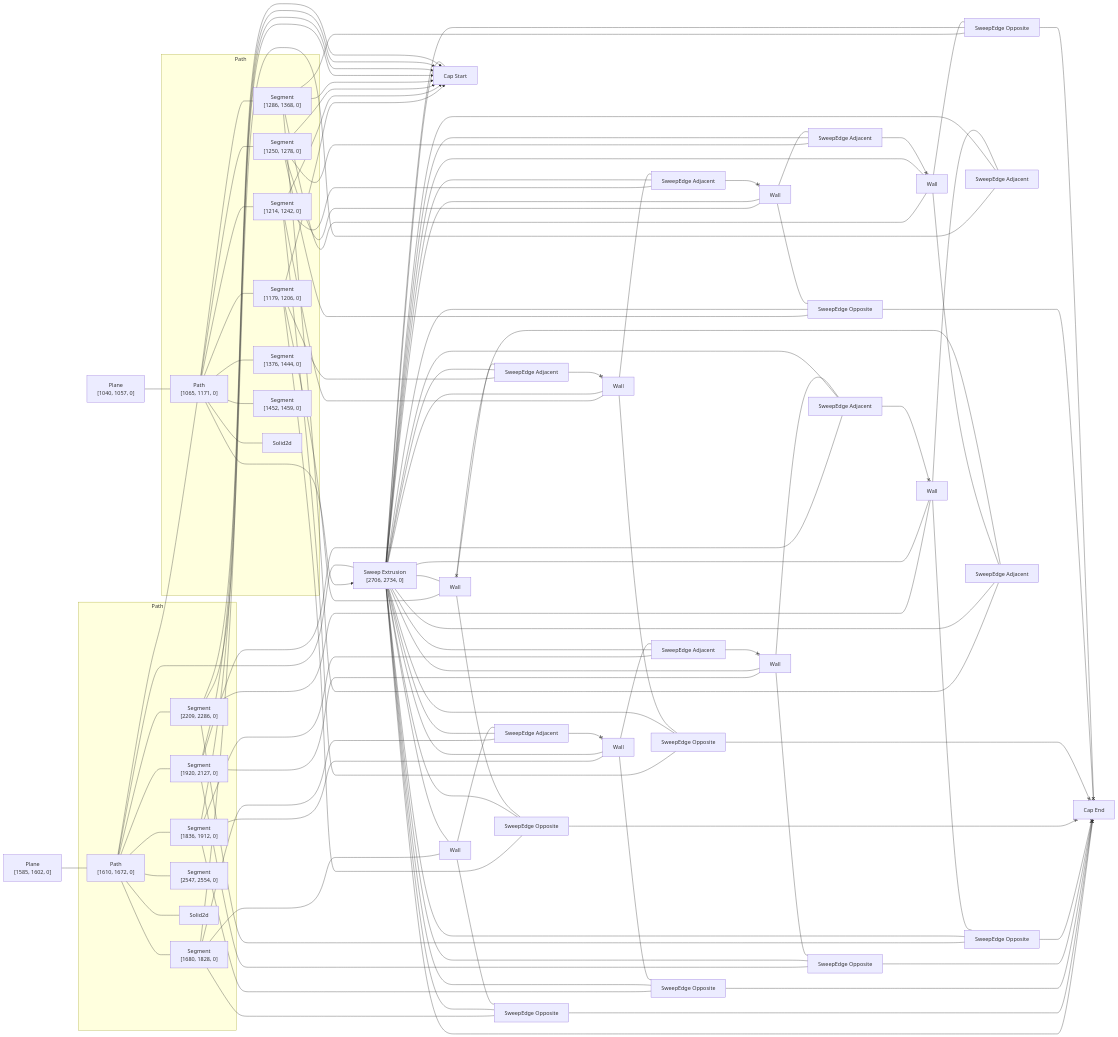
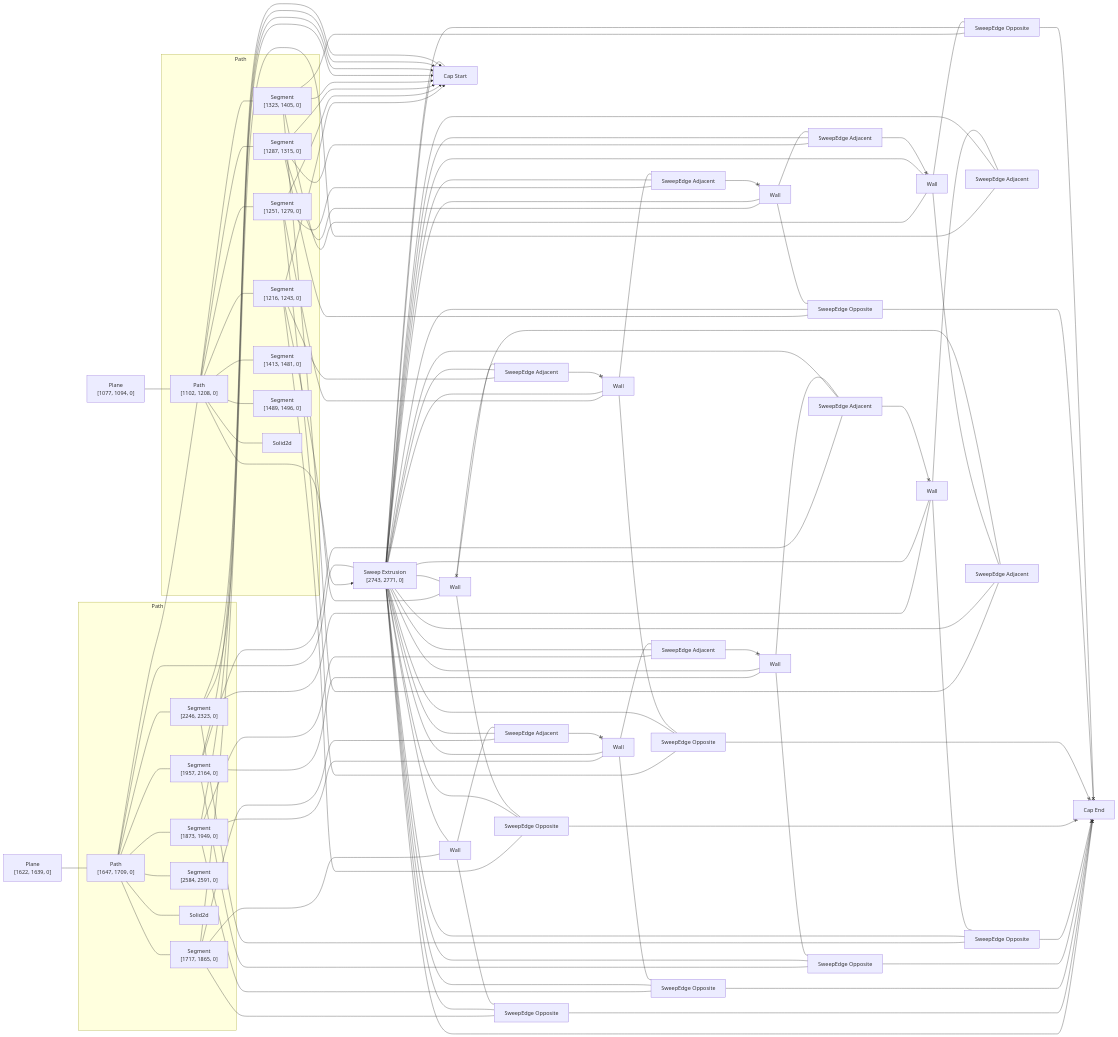
One commit to KittyCAD/modeling-app changed the diagram in rust/kcl-lib/tests/kcl_samples/spur-gear/artifact_graph_flowchart.snap.md. Above: the diagram before and after it, drawn with Mermaid. The commit also changed 319 other files, not shown here.

````diff
--- a/rust/kcl-lib/tests/kcl_samples/spur-gear/artifact_graph_flowchart.snap.md
+++ b/rust/kcl-lib/tests/kcl_samples/spur-gear/artifact_graph_flowchart.snap.md
@@ -1,42 +1,42 @@
 ```mermaid
 flowchart LR
   subgraph path2 [Path]
-    2["Path<br>[1065, 1171, 0]"]
+    2["Path<br>[1102, 1208, 0]"]
       %% [ProgramBodyItem { index: 0 }, VariableDeclarationDeclaration, VariableDeclarationInit, FunctionExpressionBody, FunctionExpressionBodyItem { index: 10 }, VariableDeclarationDeclaration, VariableDeclarationInit, PipeBodyItem { index: 1 }]
-    3["Segment<br>[1179, 1206, 0]"]
+    3["Segment<br>[1216, 1243, 0]"]
       %% [ProgramBodyItem { index: 0 }, VariableDeclarationDeclaration, VariableDeclarationInit, FunctionExpressionBody, FunctionExpressionBodyItem { index: 10 }, VariableDeclarationDeclaration, VariableDeclarationInit, PipeBodyItem { index: 2 }]
-    4["Segment<br>[1214, 1242, 0]"]
+    4["Segment<br>[1251, 1279, 0]"]
       %% [ProgramBodyItem { index: 0 }, VariableDeclarationDeclaration, VariableDeclarationInit, FunctionExpressionBody, FunctionExpressionBodyItem { index: 10 }, VariableDeclarationDeclaration, VariableDeclarationInit, PipeBodyItem { index: 3 }]
-    5["Segment<br>[1250, 1278, 0]"]
+    5["Segment<br>[1287, 1315, 0]"]
       %% [ProgramBodyItem { index: 0 }, VariableDeclarationDeclaration, VariableDeclarationInit, FunctionExpressionBody, FunctionExpressionBodyItem { index: 10 }, VariableDeclarationDeclaration, VariableDeclarationInit, PipeBodyItem { index: 4 }]
-    6["Segment<br>[1286, 1368, 0]"]
+    6["Segment<br>[1323, 1405, 0]"]
       %% [ProgramBodyItem { index: 0 }, VariableDeclarationDeclaration, VariableDeclarationInit, FunctionExpressionBody, FunctionExpressionBodyItem { index: 10 }, VariableDeclarationDeclaration, VariableDeclarationInit, PipeBodyItem { index: 5 }]
-    7["Segment<br>[1376, 1444, 0]"]
+    7["Segment<br>[1413, 1481, 0]"]
       %% [ProgramBodyItem { index: 0 }, VariableDeclarationDeclaration, VariableDeclarationInit, FunctionExpressionBody, FunctionExpressionBodyItem { index: 10 }, VariableDeclarationDeclaration, VariableDeclarationInit, PipeBodyItem { index: 6 }]
-    8["Segment<br>[1452, 1459, 0]"]
+    8["Segment<br>[1489, 1496, 0]"]
       %% [ProgramBodyItem { index: 0 }, VariableDeclarationDeclaration, VariableDeclarationInit, FunctionExpressionBody, FunctionExpressionBodyItem { index: 10 }, VariableDeclarationDeclaration, VariableDeclarationInit, PipeBodyItem { index: 7 }]
     9[Solid2d]
   end
   subgraph path11 [Path]
-    11["Path<br>[1610, 1672, 0]"]
+    11["Path<br>[1647, 1709, 0]"]
       %% [ProgramBodyItem { index: 0 }, VariableDeclarationDeclaration, VariableDeclarationInit, FunctionExpressionBody, FunctionExpressionBodyItem { index: 11 }, VariableDeclarationDeclaration, VariableDeclarationInit, PipeBodyItem { index: 1 }]
-    12["Segment<br>[1680, 1828, 0]"]
+    12["Segment<br>[1717, 1865, 0]"]
       %% [ProgramBodyItem { index: 0 }, VariableDeclarationDeclaration, VariableDeclarationInit, FunctionExpressionBody, FunctionExpressionBodyItem { index: 11 }, VariableDeclarationDeclaration, VariableDeclarationInit, PipeBodyItem { index: 2 }]
-    13["Segment<br>[1836, 1912, 0]"]
+    13["Segment<br>[1873, 1949, 0]"]
       %% [ProgramBodyItem { index: 0 }, VariableDeclarationDeclaration, VariableDeclarationInit, FunctionExpressionBody, FunctionExpressionBodyItem { index: 11 }, VariableDeclarationDeclaration, VariableDeclarationInit, PipeBodyItem { index: 3 }]
-    14["Segment<br>[1920, 2127, 0]"]
+    14["Segment<br>[1957, 2164, 0]"]
       %% [ProgramBodyItem { index: 0 }, VariableDeclarationDeclaration, VariableDeclarationInit, FunctionExpressionBody, FunctionExpressionBodyItem { index: 11 }, VariableDeclarationDeclaration, VariableDeclarationInit, PipeBodyItem { index: 4 }]
-    15["Segment<br>[2209, 2286, 0]"]
+    15["Segment<br>[2246, 2323, 0]"]
       %% [ProgramBodyItem { index: 0 }, VariableDeclarationDeclaration, VariableDeclarationInit, FunctionExpressionBody, FunctionExpressionBodyItem { index: 11 }, VariableDeclarationDeclaration, VariableDeclarationInit, PipeBodyItem { index: 5 }]
-    16["Segment<br>[2547, 2554, 0]"]
+    16["Segment<br>[2584, 2591, 0]"]
       %% [ProgramBodyItem { index: 0 }, VariableDeclarationDeclaration, VariableDeclarationInit, FunctionExpressionBody, FunctionExpressionBodyItem { index: 11 }, VariableDeclarationDeclaration, VariableDeclarationInit, PipeBodyItem { index: 7 }]
     17[Solid2d]
   end
-  1["Plane<br>[1040, 1057, 0]"]
+  1["Plane<br>[1077, 1094, 0]"]
     %% [ProgramBodyItem { index: 0 }, VariableDeclarationDeclaration, VariableDeclarationInit, FunctionExpressionBody, FunctionExpressionBodyItem { index: 10 }, VariableDeclarationDeclaration, VariableDeclarationInit, PipeBodyItem { index: 0 }]
-  10["Plane<br>[1585, 1602, 0]"]
+  10["Plane<br>[1622, 1639, 0]"]
     %% [ProgramBodyItem { index: 0 }, VariableDeclarationDeclaration, VariableDeclarationInit, FunctionExpressionBody, FunctionExpressionBodyItem { index: 11 }, VariableDeclarationDeclaration, VariableDeclarationInit, PipeBodyItem { index: 0 }]
-  18["Sweep Extrusion<br>[2706, 2734, 0]"]
+  18["Sweep Extrusion<br>[2743, 2771, 0]"]
     %% [ProgramBodyItem { index: 0 }, VariableDeclarationDeclaration, VariableDeclarationInit, FunctionExpressionBody, FunctionExpressionBodyItem { index: 11 }, VariableDeclarationDeclaration, VariableDeclarationInit, PipeBodyItem { index: 9 }]
   19[Wall]
     %% face_code_ref=Missing NodePath
````
